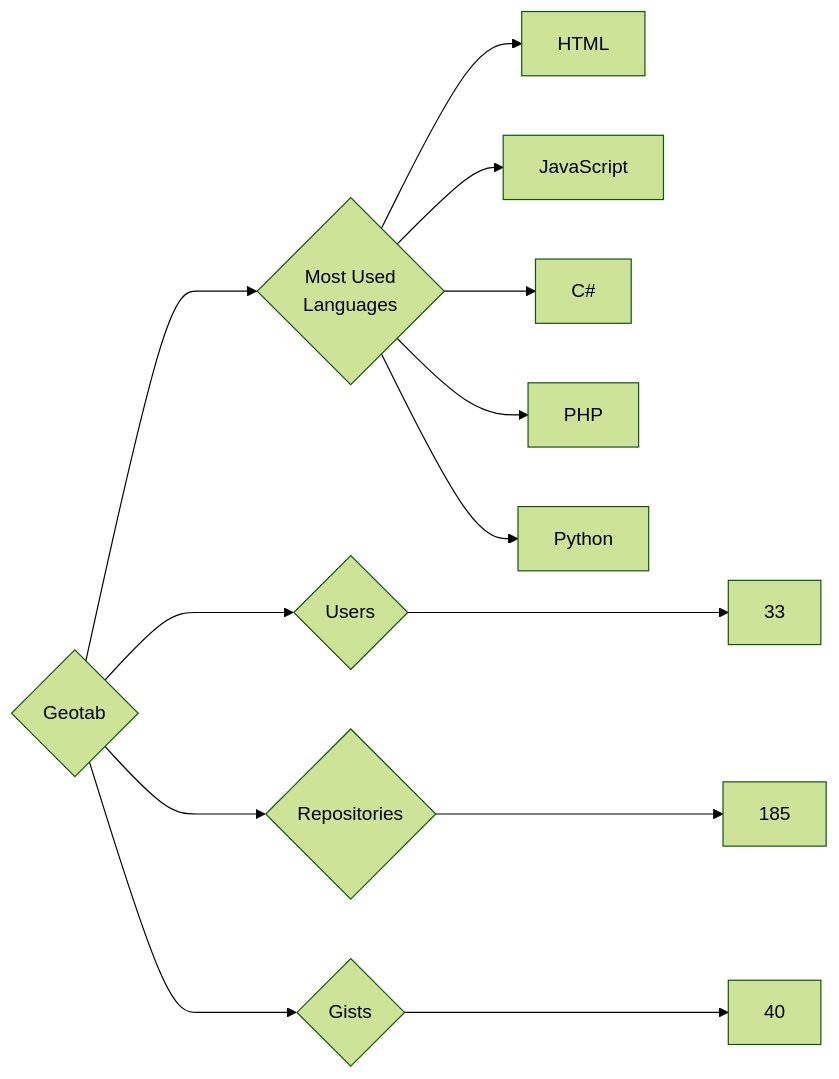
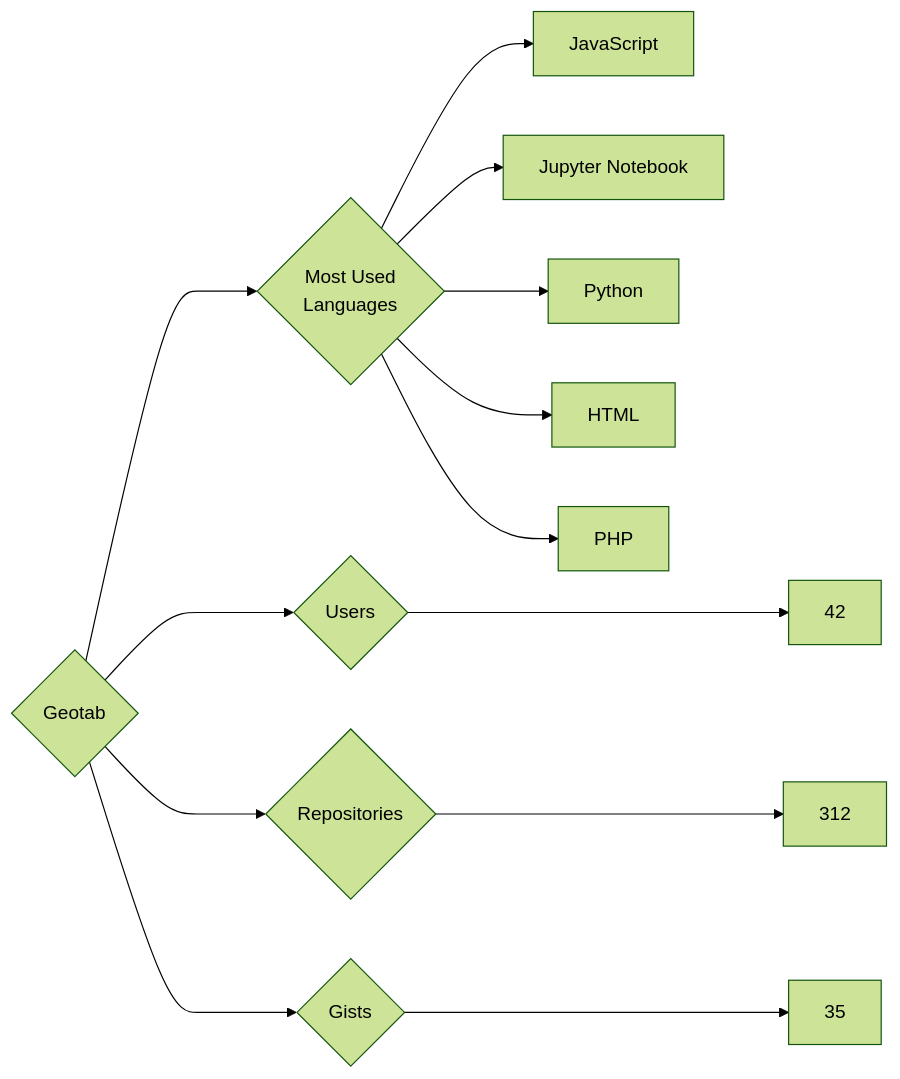
The diagram in targets/Geotab/README.md (trickest/insiders), drawn with Mermaid (forest theme) before and after one commit. The commit also changed 749 other files, not shown here.

````diff
--- a/targets/Geotab/README.md
+++ b/targets/Geotab/README.md
@@ -3,13 +3,13 @@
 ```mermaid
 graph LR
 COMPANY_NAME{Geotab}
-COMPANY_NAME ---> U{Users} ---> UN[33]
-COMPANY_NAME ---> R{Repositories} ---> RN[185]
-COMPANY_NAME ---> G{Gists} ---> GN[40]
+COMPANY_NAME ---> U{Users} ---> UN[42]
+COMPANY_NAME ---> R{Repositories} ---> RN[312]
+COMPANY_NAME ---> G{Gists} ---> GN[35]
 COMPANY_NAME ---> ML{Most Used<br>Languages}
+ML --> JavaScript[JavaScript]
+ML --> Jupyter_Notebook[Jupyter Notebook]
+ML --> Python[Python]
 ML --> HTML[HTML]
-ML --> JavaScript[JavaScript]
-ML --> C#[C#]
 ML --> PHP[PHP]
-ML --> Python[Python]
 ```
````
